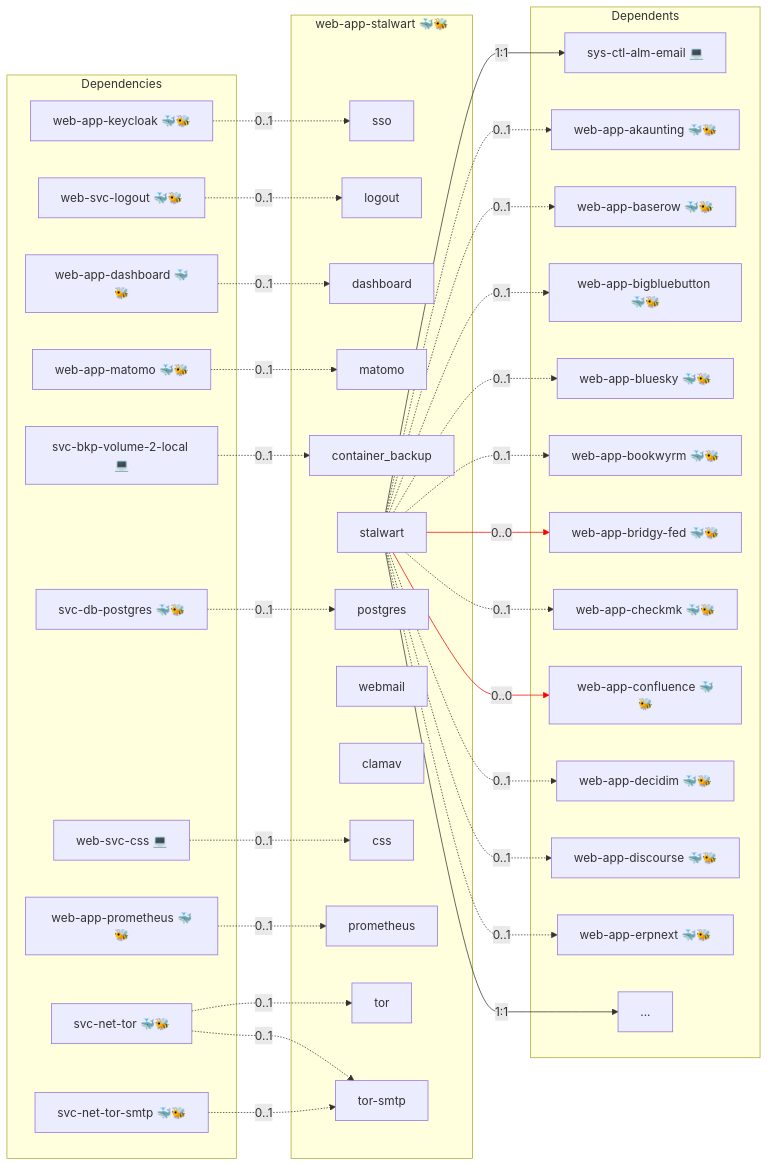
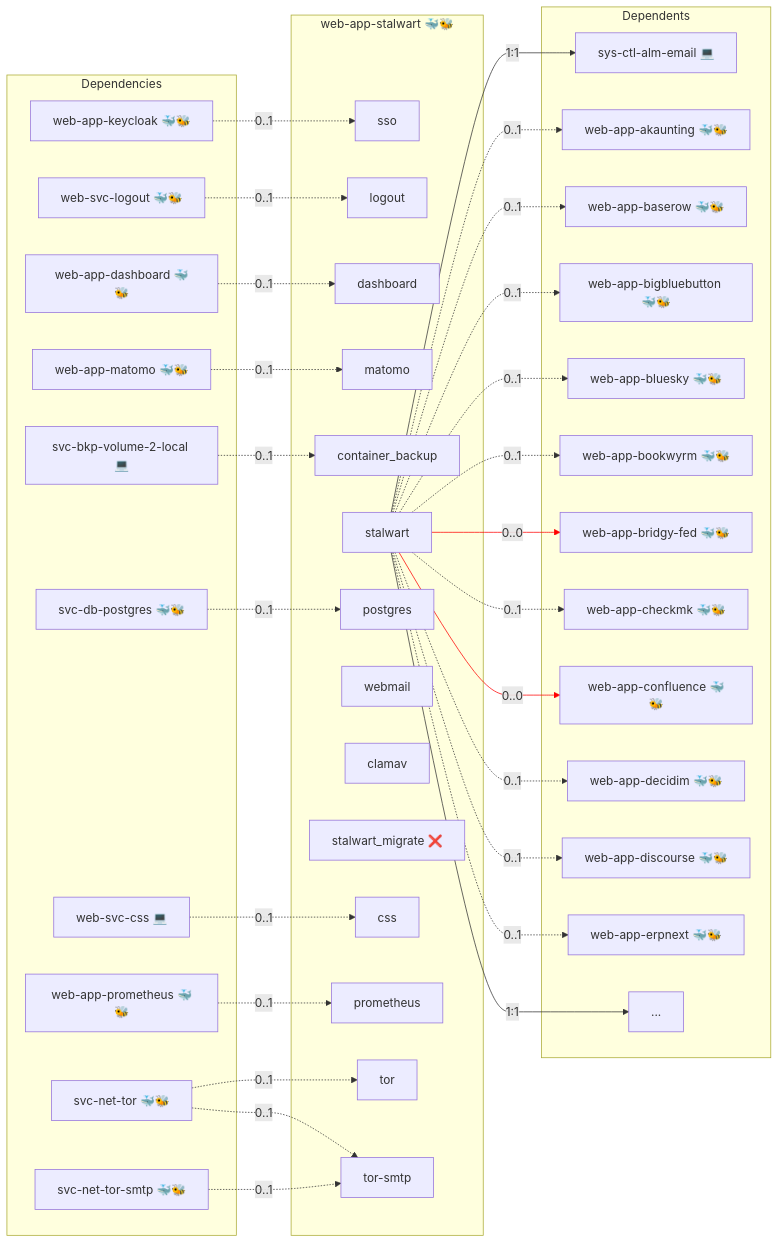
Before and after one commit to infinito-nexus/core: the second of 2 diagrams in roles/web-app-stalwart/README.md, drawn with Mermaid.

Commit message:
docs(web-app-stalwart): show the disabled stalwart_migrate service in the cosmos
make docs renders the role's services into the cosmos diagram; the 0.16 store migration image declared in meta/services.yml was missing from it.

````diff
--- a/roles/web-app-stalwart/README.md
+++ b/roles/web-app-stalwart/README.md
@@ -68,70 +68,71 @@
 ```mermaid
 flowchart LR
     subgraph deps [Dependencies]
         dep_svc_bkp_volume_2_local["svc-bkp-volume-2-local 💻"]
         dep_svc_db_postgres["svc-db-postgres 🐳🐝"]
         dep_svc_net_tor["svc-net-tor 🐳🐝"]
         dep_svc_net_tor_smtp["svc-net-tor-smtp 🐳🐝"]
         dep_web_app_dashboard["web-app-dashboard 🐳🐝"]
         dep_web_app_keycloak["web-app-keycloak 🐳🐝"]
         dep_web_app_matomo["web-app-matomo 🐳🐝"]
         dep_web_app_prometheus["web-app-prometheus 🐳🐝"]
         dep_web_svc_css["web-svc-css 💻"]
         dep_web_svc_logout["web-svc-logout 🐳🐝"]
     end
     subgraph role [web-app-stalwart 🐳🐝]
         svc_sso["sso"]
         svc_logout["logout"]
         svc_dashboard["dashboard"]
         svc_matomo["matomo"]
         svc_container_backup["container_backup"]
         svc_stalwart["stalwart"]
         svc_postgres["postgres"]
         svc_webmail["webmail"]
         svc_clamav["clamav"]
+        svc_stalwart_migrate["stalwart_migrate ❌"]
         svc_css["css"]
         svc_prometheus["prometheus"]
         svc_tor["tor"]
         svc_tor_smtp["tor-smtp"]
     end
     subgraph dependents [Dependents]
         dpt_sys_ctl_alm_email["sys-ctl-alm-email 💻"]
         dpt_web_app_akaunting["web-app-akaunting 🐳🐝"]
         dpt_web_app_baserow["web-app-baserow 🐳🐝"]
         dpt_web_app_bigbluebutton["web-app-bigbluebutton 🐳🐝"]
         dpt_web_app_bluesky["web-app-bluesky 🐳🐝"]
         dpt_web_app_bookwyrm["web-app-bookwyrm 🐳🐝"]
         dpt_web_app_bridgy_fed["web-app-bridgy-fed 🐳🐝"]
         dpt_web_app_checkmk["web-app-checkmk 🐳🐝"]
         dpt_web_app_confluence["web-app-confluence 🐳🐝"]
         dpt_web_app_decidim["web-app-decidim 🐳🐝"]
         dpt_web_app_discourse["web-app-discourse 🐳🐝"]
         dpt_web_app_erpnext["web-app-erpnext 🐳🐝"]
         dpt_more["..."]
     end
     dep_svc_bkp_volume_2_local -. "0..1" .-> svc_container_backup
     dep_svc_db_postgres -. "0..1" .-> svc_postgres
     dep_svc_net_tor -. "0..1" .-> svc_tor
     dep_svc_net_tor -. "0..1" .-> svc_tor_smtp
     dep_svc_net_tor_smtp -. "0..1" .-> svc_tor_smtp
     dep_web_app_dashboard -. "0..1" .-> svc_dashboard
     dep_web_app_keycloak -. "0..1" .-> svc_sso
     dep_web_app_matomo -. "0..1" .-> svc_matomo
     dep_web_app_prometheus -. "0..1" .-> svc_prometheus
     dep_web_svc_css -. "0..1" .-> svc_css
     dep_web_svc_logout -. "0..1" .-> svc_logout
     svc_stalwart -- "1:1" --> dpt_more
     svc_stalwart -- "1:1" --> dpt_sys_ctl_alm_email
     svc_stalwart -. "0..1" .-> dpt_web_app_akaunting
     svc_stalwart -. "0..1" .-> dpt_web_app_baserow
     svc_stalwart -. "0..1" .-> dpt_web_app_bigbluebutton
     svc_stalwart -. "0..1" .-> dpt_web_app_bluesky
     svc_stalwart -. "0..1" .-> dpt_web_app_bookwyrm
     svc_stalwart -- "0..0" --> dpt_web_app_bridgy_fed
     svc_stalwart -. "0..1" .-> dpt_web_app_checkmk
     svc_stalwart -- "0..0" --> dpt_web_app_confluence
     svc_stalwart -. "0..1" .-> dpt_web_app_decidim
     svc_stalwart -. "0..1" .-> dpt_web_app_discourse
     svc_stalwart -. "0..1" .-> dpt_web_app_erpnext
     linkStyle 18,20 stroke:red;
 ```
````
